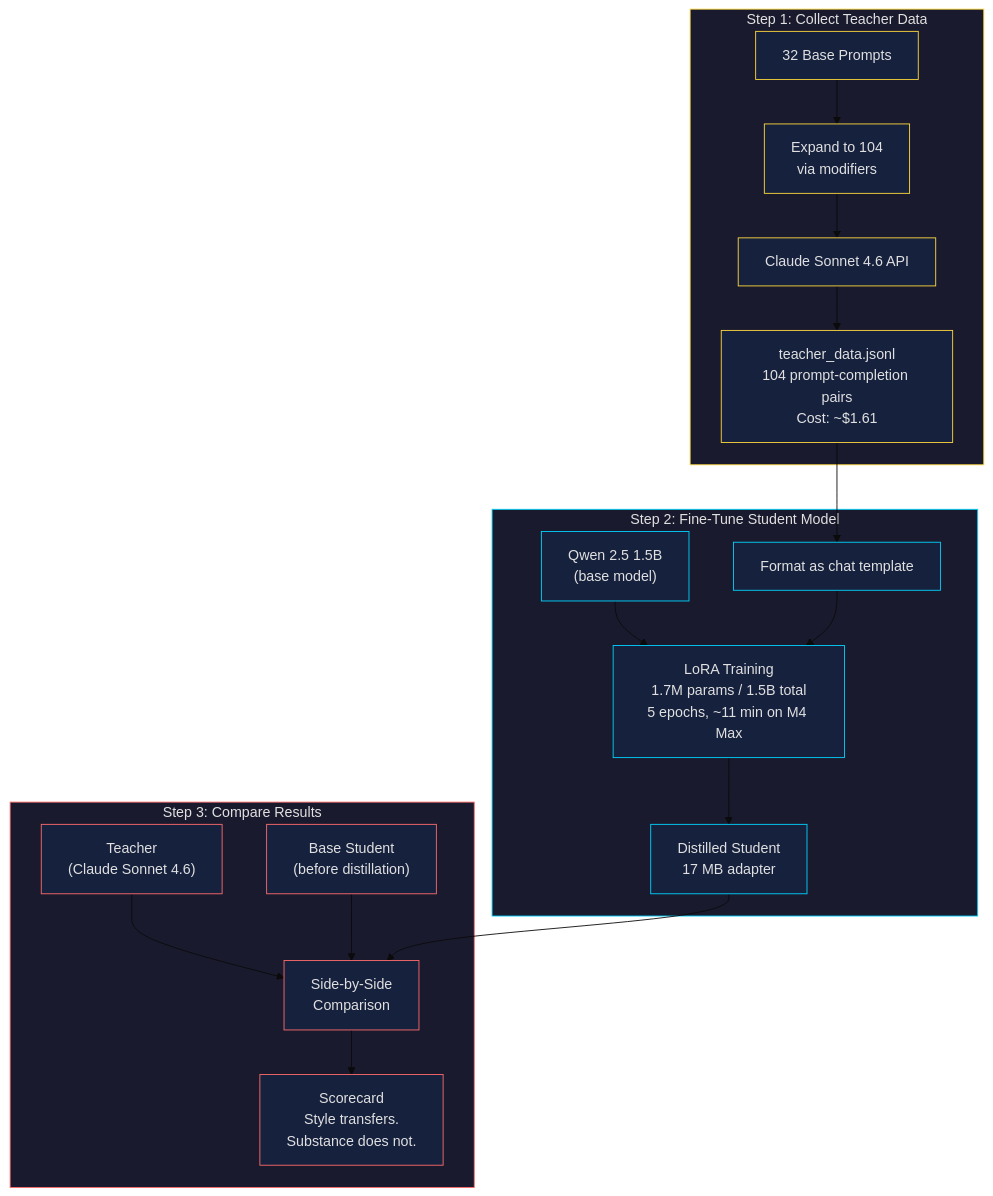
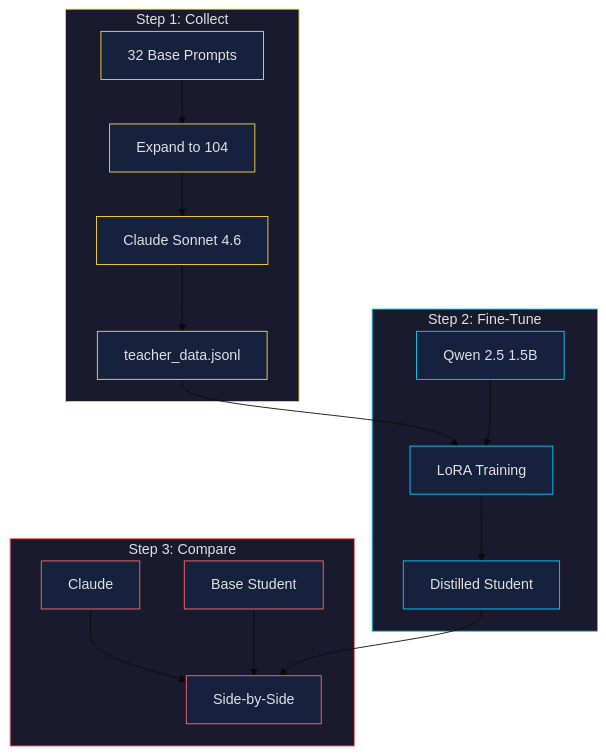
Before and after one commit to kousen/AI_distilling: the diagram in RESULTS.md, drawn with Mermaid (base theme). The commit also changed 1 other file, not shown here.

Commit message:
Simplify pipeline diagram labels for GitHub rendering
Remove multi-line labels (literal \n not rendered), shorten all
node text to prevent truncation, reduce node count for cleaner layout.

````diff
--- a/RESULTS.md
+++ b/RESULTS.md
@@ -8,38 +8,34 @@
 ```mermaid
 flowchart TD
-    subgraph step1["Step 1: Collect Teacher Data"]
-        P["32 Base Prompts"] --> EXP["Expand to 104\nvia modifiers"]
-        EXP --> API["Claude Sonnet 4.6 API"]
-        API --> D["teacher_data.jsonl\n104 prompt-completion pairs\nCost: ~$1.61"]
+    subgraph step1["Step 1: Collect"]
+        P["32 Base Prompts"] --> EXP["Expand to 104"]
+        EXP --> API["Claude Sonnet 4.6"]
+        API --> D["teacher_data.jsonl"]
     end
 
-    subgraph step2["Step 2: Fine-Tune Student Model"]
-        D --> FMT["Format as chat template"]
-        BASE["Qwen 2.5 1.5B\n(base model)"] --> LORA["LoRA Training\n1.7M params / 1.5B total\n5 epochs, ~11 min on M4 Max"]
-        FMT --> LORA
-        LORA --> DIST["Distilled Student\n17 MB adapter"]
+    subgraph step2["Step 2: Fine-Tune"]
+        D --> LORA["LoRA Training"]
+        BASE["Qwen 2.5 1.5B"] --> LORA
+        LORA --> DIST["Distilled Student"]
     end
 
-    subgraph step3["Step 3: Compare Results"]
-        TEACHER["Teacher\n(Claude Sonnet 4.6)"] --> CMP["Side-by-Side\nComparison"]
-        BASE2["Base Student\n(before distillation)"] --> CMP
+    subgraph step3["Step 3: Compare"]
+        TEACHER["Claude"] --> CMP["Side-by-Side"]
+        BASE2["Base Student"] --> CMP
         DIST --> CMP
-        CMP --> SCORE["Scorecard\nStyle transfers.\nSubstance does not."]
     end
 
     style step1 fill:#1a1a2e,stroke:#ffd93d,color:#e0e0e0
     style step2 fill:#1a1a2e,stroke:#00d4ff,color:#e0e0e0
     style step3 fill:#1a1a2e,stroke:#ff6b6b,color:#e0e0e0
     style P fill:#16213e,stroke:#ffd93d,color:#e0e0e0
     style EXP fill:#16213e,stroke:#ffd93d,color:#e0e0e0
     style API fill:#16213e,stroke:#ffd93d,color:#e0e0e0
     style D fill:#16213e,stroke:#ffd93d,color:#e0e0e0
-    style FMT fill:#16213e,stroke:#00d4ff,color:#e0e0e0
     style LORA fill:#16213e,stroke:#00d4ff,color:#e0e0e0
     style BASE fill:#16213e,stroke:#00d4ff,color:#e0e0e0
     style DIST fill:#16213e,stroke:#00d4ff,color:#e0e0e0
     style TEACHER fill:#16213e,stroke:#ff6b6b,color:#e0e0e0
     style BASE2 fill:#16213e,stroke:#ff6b6b,color:#e0e0e0
     style CMP fill:#16213e,stroke:#ff6b6b,color:#e0e0e0
-    style SCORE fill:#16213e,stroke:#ff6b6b,color:#e0e0e0
 ```
````
